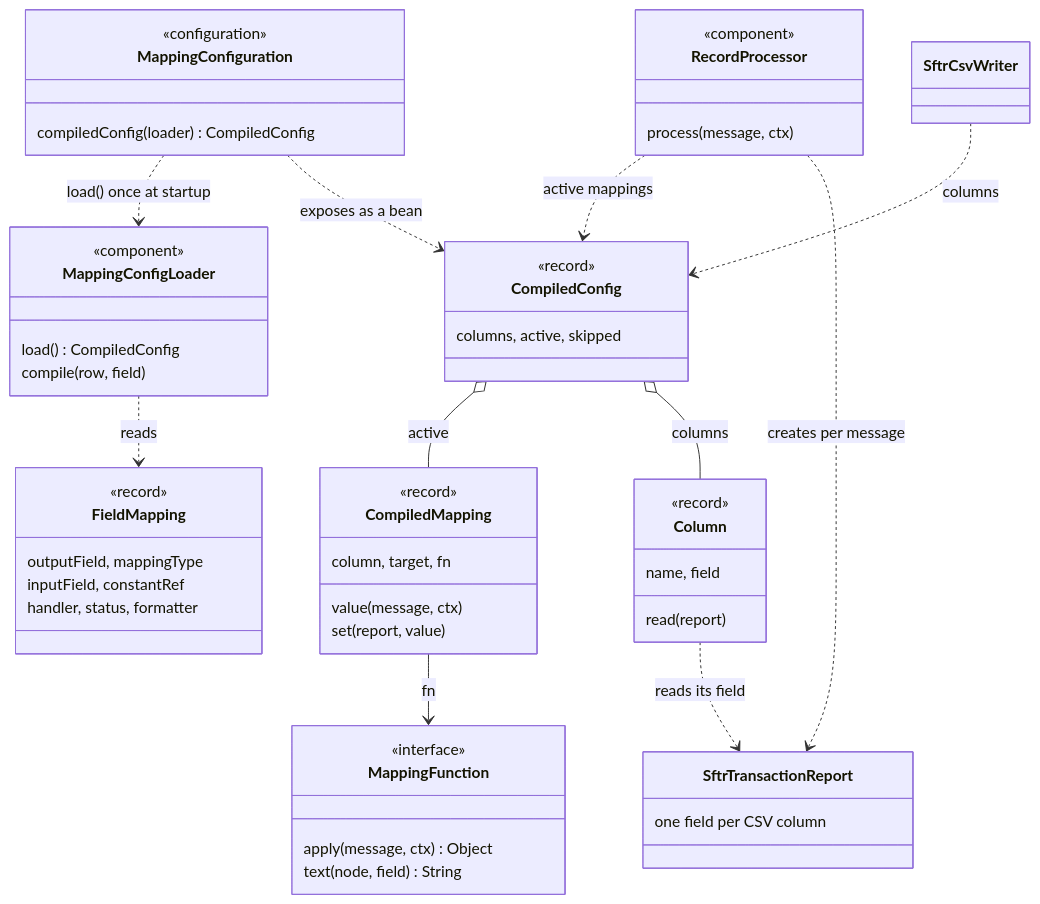
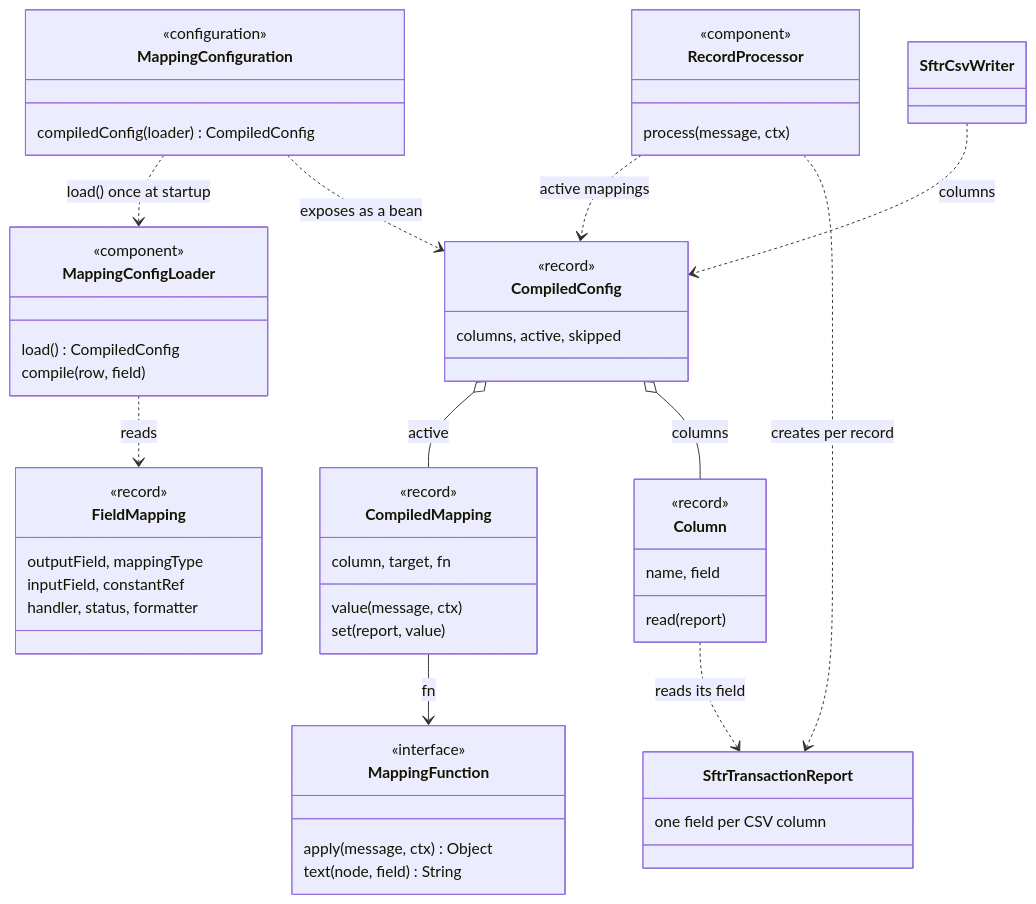
Before and after one commit to shanregs/msg-transformer: the fourth of 13 diagrams in docs/c4-architecture.md, drawn with Mermaid. The commit also changed other lines of this file and 72 other files, not shown here.

````diff
--- a/docs/c4-architecture.md
+++ b/docs/c4-architecture.md
@@ -120,56 +111,56 @@
 ```mermaid
 classDiagram
     class FieldMapping {
         <<record>>
         outputField, mappingType
         inputField, constantRef
         handler, status, formatter
     }
     class MappingConfigLoader {
         <<component>>
         load() CompiledConfig
         compile(row, field)
     }
+    class MappingConfiguration {
+        <<configuration>>
+        compiledConfig(loader) CompiledConfig
+    }
     class RecordProcessor {
         <<component>>
         process(message, ctx)
-    }
-    class MappingConfiguration {
-        <<configuration>>
-        compiledConfig(loader) CompiledConfig
     }
     class CompiledConfig {
         <<record>>
         columns, active, skipped
     }
     class CompiledMapping {
         <<record>>
         column, target, fn
         value(message, ctx)
         set(report, value)
     }
     class Column {
         <<record>>
         name, field
         read(report)
     }
     class MappingFunction {
         <<interface>>
         apply(message, ctx) Object
         text(node, field) String
     }
     class SftrTransactionReport {
         one field per CSV column
     }
 
     MappingConfigLoader ..> FieldMapping : reads
     MappingConfiguration ..> MappingConfigLoader : load() once at startup
     MappingConfiguration ..> CompiledConfig : exposes as a bean
     RecordProcessor ..> CompiledConfig : active mappings
     SftrCsvWriter ..> CompiledConfig : columns
     CompiledConfig o-- CompiledMapping : active
     CompiledConfig o-- Column : columns
     CompiledMapping --> MappingFunction : fn
-    RecordProcessor ..> SftrTransactionReport : creates per message
+    RecordProcessor ..> SftrTransactionReport : creates per record
     Column ..> SftrTransactionReport : reads its field
 ```
````
